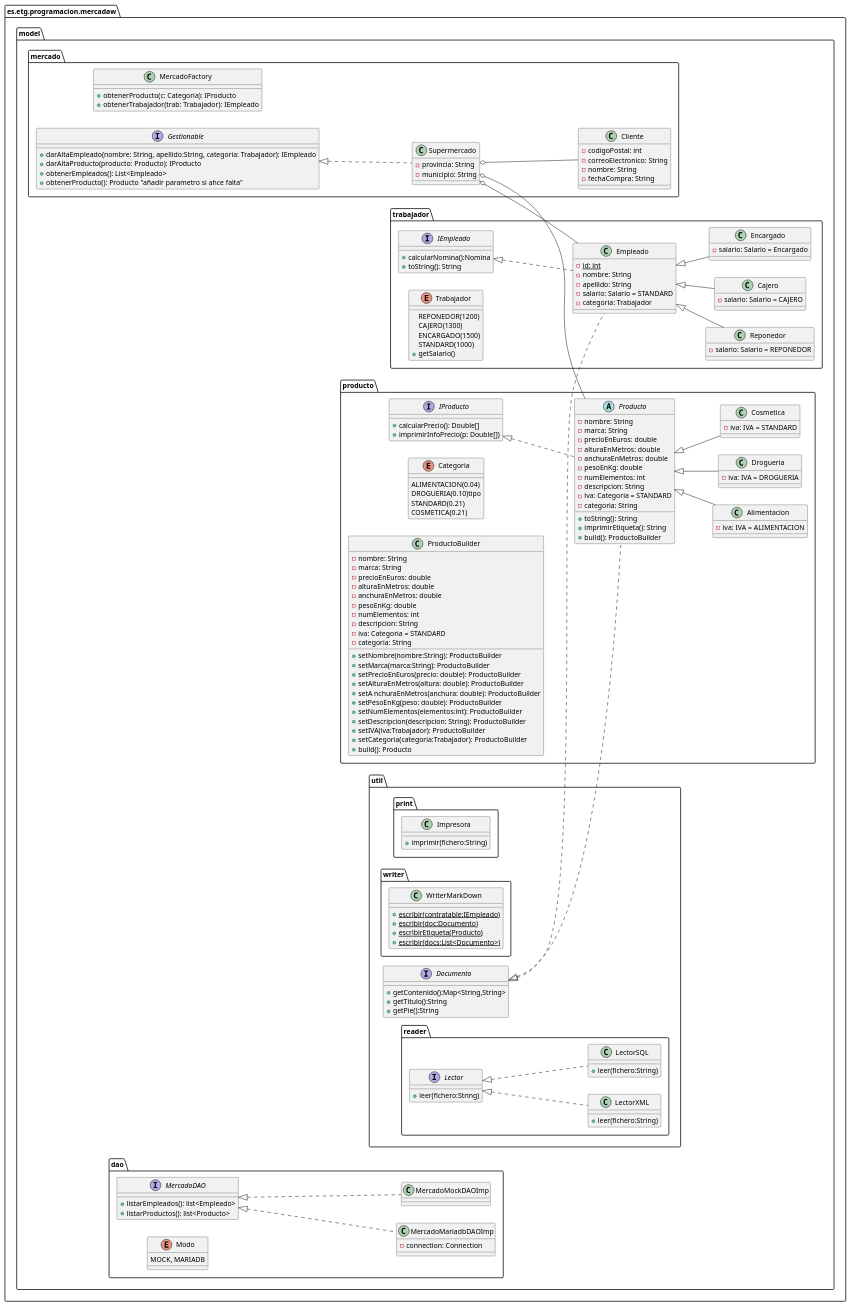
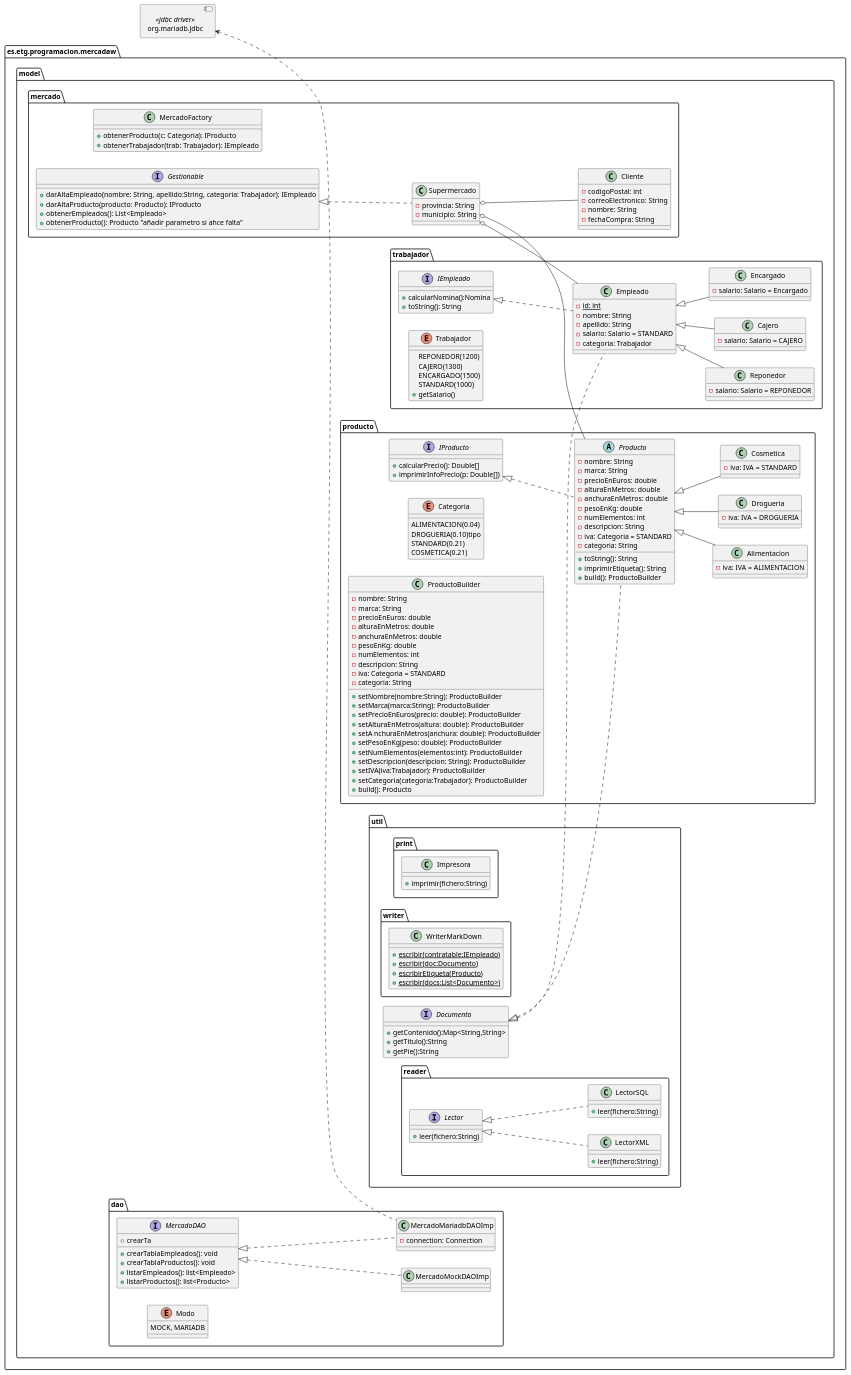
Before and after one commit to Edsonbs/MercaDAW: the first of 2 diagrams in design/DiagramaClases.pu, drawn with PlantUML. The commit also changed 4 other files, not shown here.

```diff
--- a/design/DiagramaClases.pu
+++ b/design/DiagramaClases.pu
@@ -1,5 +1,6 @@
 @startuml Diagrama clases Mercado
 set separator none
+allow_mixing
 left to right direction
 package es.etg.programacion.mercadaw{
     package model{
@@ -161,8 +162,13 @@
         }
         package dao{
             interface MercadoDAO{
+                +crearTablaEmpleados(): void
+                +crearTablaProductos(): void
+                +crearTa
+
                 +listarEmpleados(): list<Empleado>
                 +listarProductos(): list<Producto>
+
 
             }
             class MercadoMariadbDAOImp{
@@ -177,9 +183,16 @@
         
         MercadoDAO <|.. MercadoMariadbDAOImp
         MercadoDAO <|.. MercadoMockDAOImp
-        }   
+        }
+         
     }
 } 
+component "org.mariadb.jdbc"<<jdbc driver>> 
+
+"org.mariadb.jdbc" <.. MercadoMariadbDAOImp
+
+
+
 
 Supermercado o-- Producto
 Supermercado o-- Empleado
```
